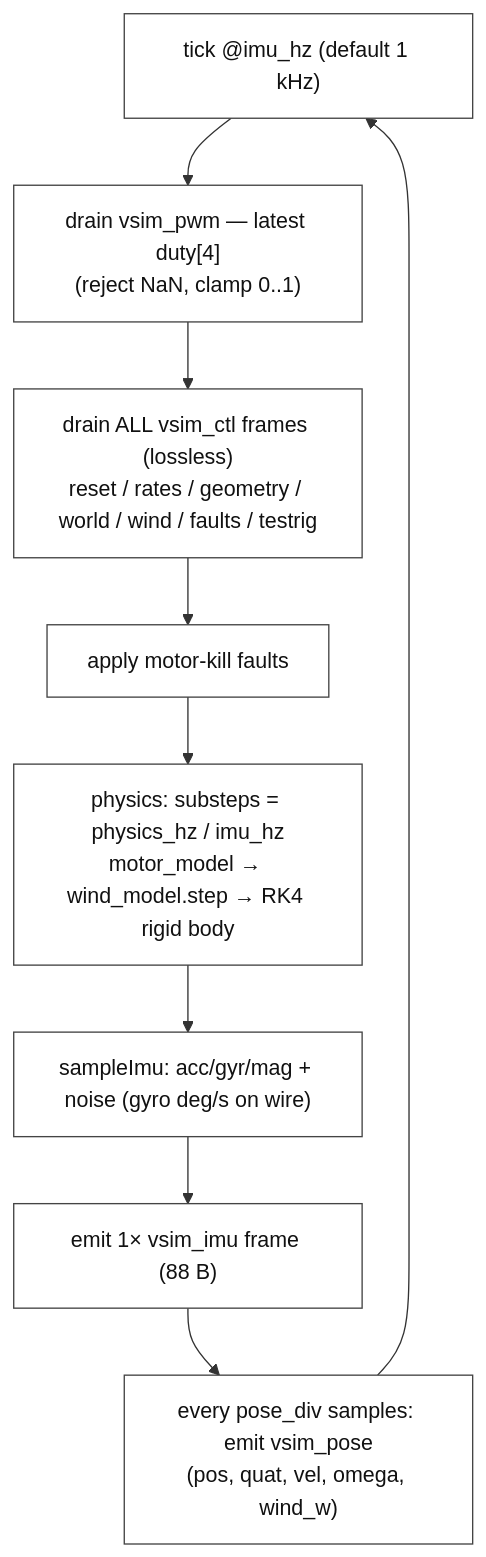
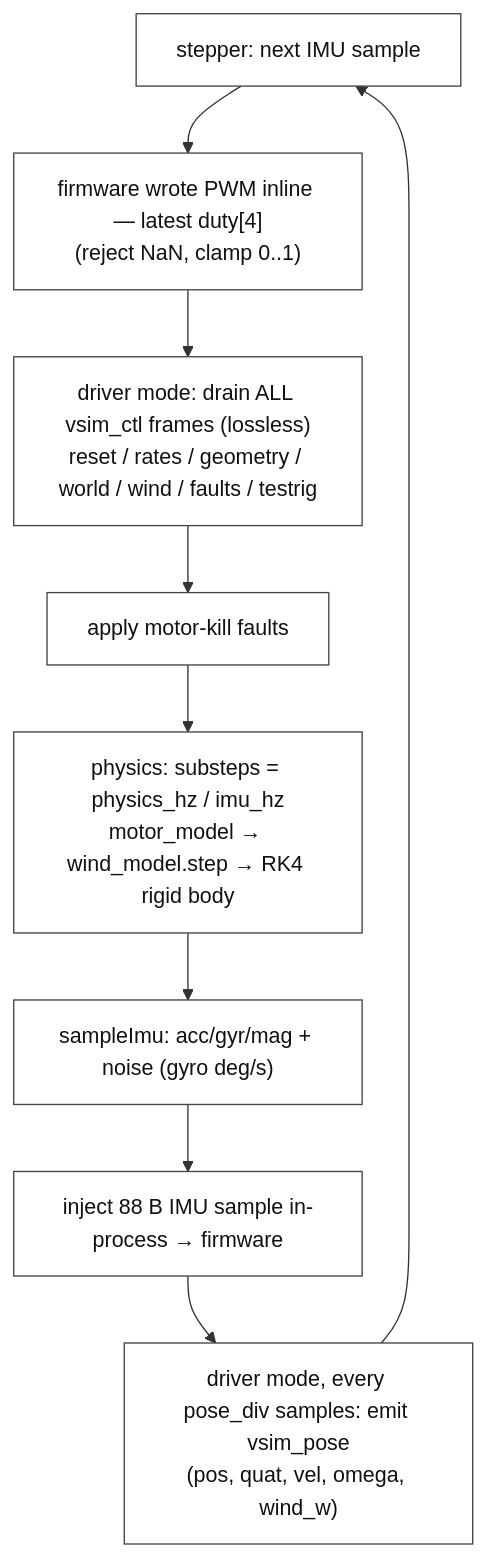
The second of 5 diagrams in sim/vsim/docs/reference/sim-architecture.md (ragnar-vallhala/vayu), drawn with Mermaid before and after one commit. The commit also changed other lines of this file and 40 other files, not shown here.

````diff
--- a/sim/vsim/docs/reference/sim-architecture.md
+++ b/sim/vsim/docs/reference/sim-architecture.md
@@ -61,13 +80,13 @@
 ```mermaid
 flowchart TD
     classDef step fill:#fff,stroke:#444,color:#111;
-    A["tick @imu_hz (default 1 kHz)"]:::step
-    A --> B["drain vsim_pwm — latest duty[4]<br/>(reject NaN, clamp 0..1)"]:::step
-    B --> C["drain ALL vsim_ctl frames (lossless)<br/>reset / rates / geometry / world / wind / faults / testrig"]:::step
+    A["stepper: next IMU sample"]:::step
+    A --> B["firmware wrote PWM inline — latest duty[4]<br/>(reject NaN, clamp 0..1)"]:::step
+    B --> C["driver mode: drain ALL vsim_ctl frames (lossless)<br/>reset / rates / geometry / world / wind / faults / testrig"]:::step
     C --> D["apply motor-kill faults"]:::step
     D --> E["physics: substeps = physics_hz / imu_hz<br/>motor_model → wind_model.step → RK4 rigid body"]:::step
-    E --> F["sampleImu: acc/gyr/mag + noise (gyro deg/s on wire)"]:::step
-    F --> G["emit 1× vsim_imu frame (88 B)"]:::step
-    G --> H["every pose_div samples: emit vsim_pose<br/>(pos, quat, vel, omega, wind_w)"]:::step
+    E --> F["sampleImu: acc/gyr/mag + noise (gyro deg/s)"]:::step
+    F --> G["inject 88 B IMU sample in-process → firmware"]:::step
+    G --> H["driver mode, every pose_div samples: emit vsim_pose<br/>(pos, quat, vel, omega, wind_w)"]:::step
     H --> A
 ```
````
